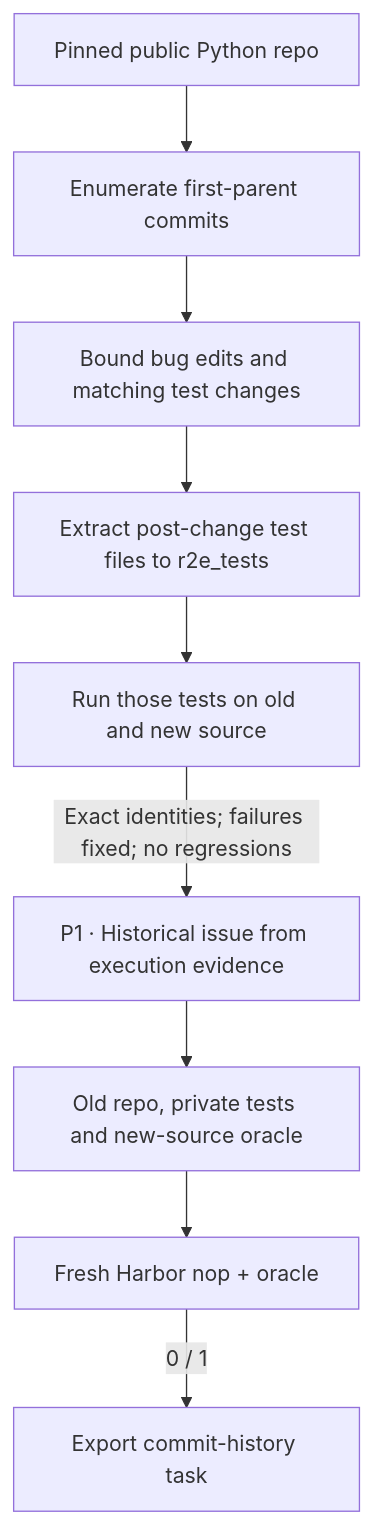
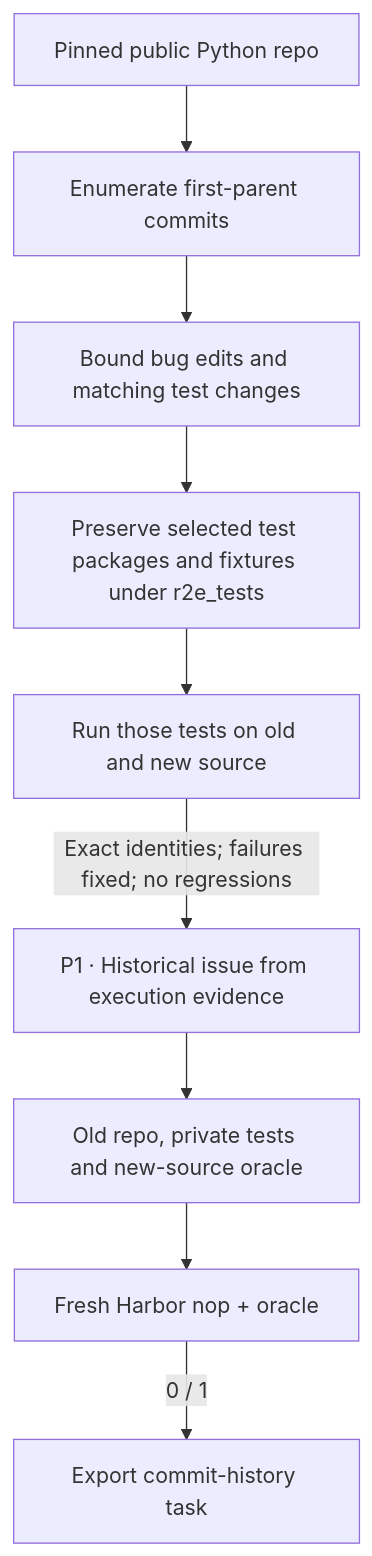
Before and after one commit to huggingface/Repo2RLEnv: the diagram in docs/pipelines/r2e_gym.md, drawn with Mermaid. The commit also changed other lines of this file and 77 other files, not shown here.

````diff
--- a/docs/pipelines/r2e_gym.md
+++ b/docs/pipelines/r2e_gym.md
@@ -7,11 +7,11 @@
 ```mermaid
 flowchart TD
   S["Pinned public Python repo"] --> D["Enumerate first-parent commits"]
   D --> F["Bound bug edits and matching test changes"]
-  F --> T["Extract post-change test files to r2e_tests"]
+  F --> T["Preserve selected test packages and fixtures under r2e_tests"]
   T --> E["Run those tests on old and new source"]
   E -->|"Exact identities; failures fixed; no regressions"| P1["P1 · Historical issue from execution evidence"]
   P1 --> H["Old repo, private tests and new-source oracle"]
   H --> R["Fresh Harbor nop + oracle"]
   R -->|"0 / 1"| O["Export commit-history task"]
 ```
````
